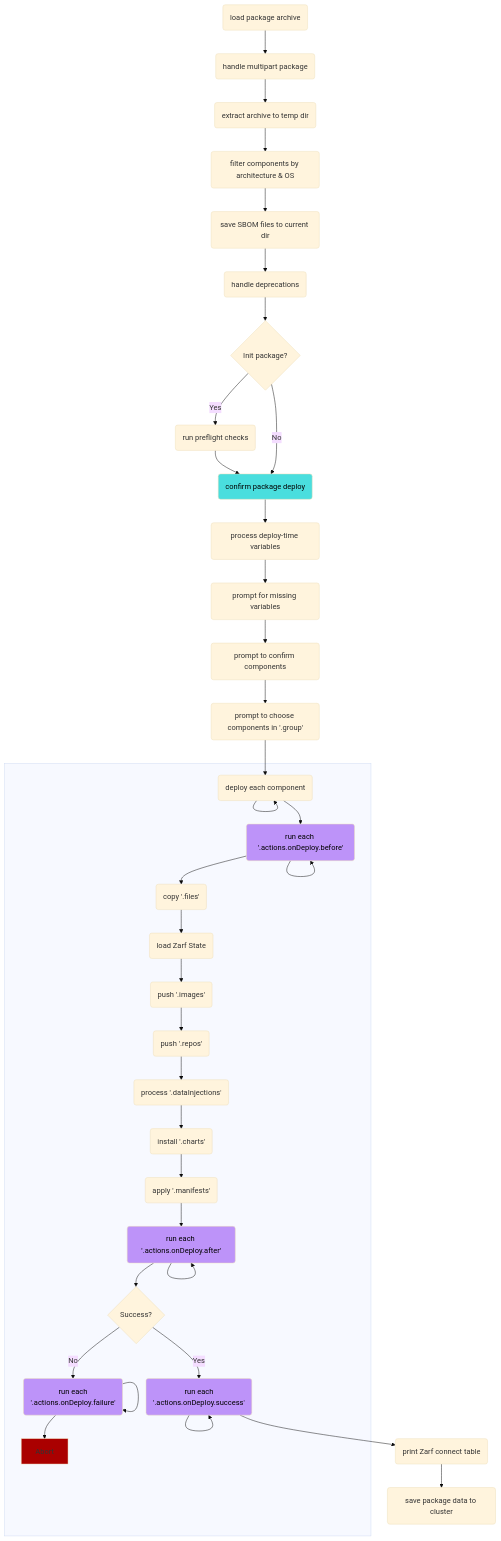
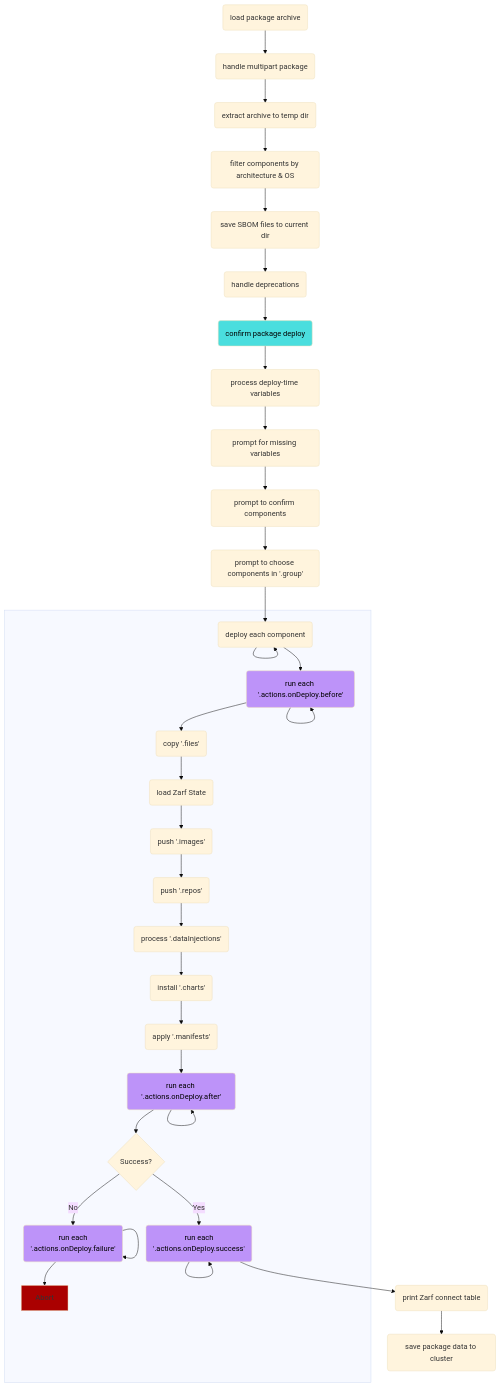
The second of 2 diagrams in docs/4-user-guide/4-package-command-lifecycle.md (zarf-dev/zarf), drawn with Mermaid (base theme) before and after one commit. The commit also changed 6 other files, not shown here.

Commit message:
replace init preflight with action onDeploy.before

````diff
--- a/docs/4-user-guide/4-package-command-lifecycle.md
+++ b/docs/4-user-guide/4-package-command-lifecycle.md
@@ -57,43 +57,40 @@
 ```mermaid
 graph TD
     B1(load package archive)-->B2
     B2(handle multipart package)-->B3
     B3(extract archive to temp dir)-->B4
     B4(filter components by architecture & OS)-->B5
     B5(save SBOM files to current dir)-->B6
-    B6(handle deprecations)-->B7
-    B7{Init package?}
-    B7-->|Yes|B8(run preflight checks)-->B9
-    B7-->|No|B9
+    B6(handle deprecations)-->B9
     B9(confirm package deploy):::prompt-->B10
     B10(process deploy-time variables)-->B11
     B11(prompt for missing variables)-->B12
     B12(prompt to confirm components)-->B13
     B13(prompt to choose components in '.group')-->B14
 
     subgraph  
     B14(deploy each component)-->B14
     B14 --> B15(run each '.actions.onDeploy.before'):::action-->B15
     B15 --> B16(copy '.files')-->B17
     B17(load Zarf State)-->B18
     B18(push '.images')-->B19
     B19(push '.repos')-->B20
     B20(process '.dataInjections')-->B21
     B21(install '.charts')-->B22
     B22(apply '.manifests')-->B23
     B23(run each '.actions.onDeploy.after'):::action-->B23
     B23-->B24{Success?}
     B24-->|Yes|B25(run each\n'.actions.onDeploy.success'):::action-->B25
     B24-->|No|B26(run each\n'.actions.onDeploy.failure'):::action-->B26-->B999
 
     B999[Abort]:::fail
     end
 
     B25-->B27(print Zarf connect table)
     B27-->B28(save package data to cluster)
 
 
     classDef prompt fill:#4adede,color:#000000
     classDef action fill:#bd93f9,color:#000000
     classDef fail fill:#aa0000
 ```
````
